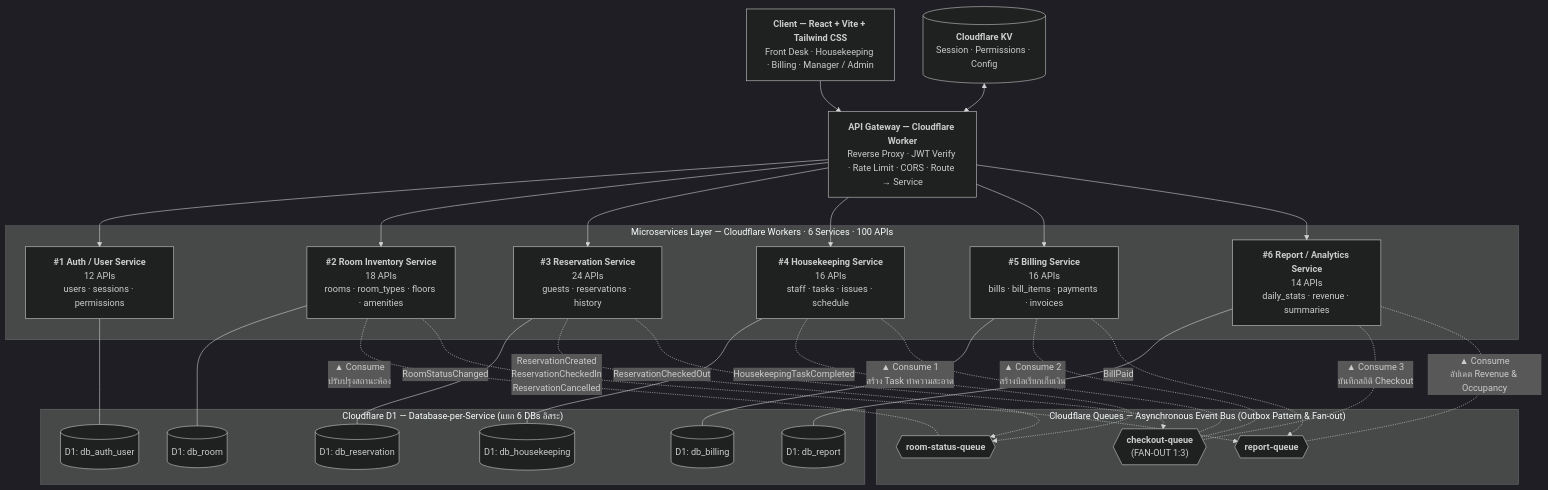
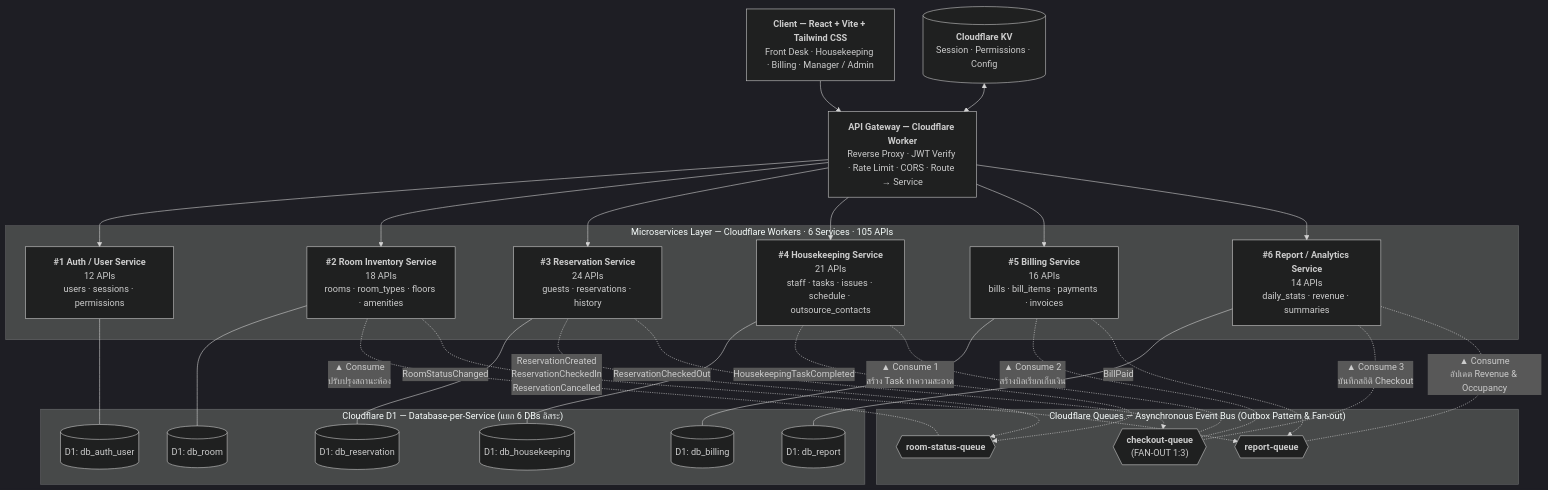
The third of 15 diagrams in README.md (csi204/keystay), drawn with Mermaid (dark theme) before and after one commit. The commit also changed other lines of this file and 12 other files, not shown here.

Commit message:
docs(housekeeping): relocate outsource_contacts schema to db_housekeeping and align 105 APIs spec

````diff
--- a/README.md
+++ b/README.md
@@ -578,59 +608,59 @@
 ```mermaid
 flowchart TB
     CLIENT["<b>Client — React + Vite + Tailwind CSS</b><br/>Front Desk · Housekeeping · Billing · Manager / Admin"]
     KV[("<b>Cloudflare KV</b><br/>Session · Permissions · Config")]
     GW["<b>API Gateway — Cloudflare Worker</b><br/>Reverse Proxy · JWT Verify · Rate Limit · CORS · Route → Service"]
 
-    subgraph SERVICES["Microservices Layer — Cloudflare Workers · 6 Services · 100 APIs"]
+    subgraph SERVICES["Microservices Layer — Cloudflare Workers · 6 Services · 105 APIs"]
         AUTH["<b>#1 Auth / User Service</b><br/>12 APIs<br/>users · sessions · permissions"]
         ROOM["<b>#2 Room Inventory Service</b><br/>18 APIs<br/>rooms · room_types · floors · amenities"]
         RES["<b>#3 Reservation Service</b><br/>24 APIs<br/>guests · reservations · history"]
-        HK["<b>#4 Housekeeping Service</b><br/>16 APIs<br/>staff · tasks · issues · schedule"]
+        HK["<b>#4 Housekeeping Service</b><br/>21 APIs<br/>staff · tasks · issues · schedule · outsource_contacts"]
         BILL["<b>#5 Billing Service</b><br/>16 APIs<br/>bills · bill_items · payments · invoices"]
         RPT["<b>#6 Report / Analytics Service</b><br/>14 APIs<br/>daily_stats · revenue · summaries"]
     end
 
     subgraph DATABASES["Cloudflare D1 — Database-per-Service (แยก 6 DBs อิสระ)"]
         DB1[("D1: db_auth_user")]
         DB2[("D1: db_room")]
         DB3[("D1: db_reservation")]
         DB4[("D1: db_housekeeping")]
         DB5[("D1: db_billing")]
         DB6[("D1: db_report")]
     end
 
     subgraph BUS["Cloudflare Queues — Asynchronous Event Bus (Outbox Pattern & Fan-out)"]
         Q1{{"<b>room-status-queue</b>"}}
         Q2{{"<b>checkout-queue</b><br/>(FAN-OUT 1:3)"}}
         Q3{{"<b>report-queue</b>"}}
     end
 
     CLIENT --> GW
     KV <--> GW
     GW --> AUTH
     GW --> ROOM
     GW --> RES
     GW --> HK
     GW --> BILL
     GW --> RPT
 
     AUTH --- DB1
     ROOM --- DB2
     RES --- DB3
     HK --- DB4
     BILL --- DB5
     RPT --- DB6
 
     RES -. "ReservationCreated<br/>ReservationCheckedIn<br/>ReservationCancelled" .-> Q1
     HK -. "HousekeepingTaskCompleted" .-> Q1
     ROOM -.-|"▲ Consume<br/>ปรับปรุงสถานะห้อง"| Q1
 
     RES -. "ReservationCheckedOut" .-> Q2
     HK -.-|"▲ Consume 1<br/>สร้าง Task ทำความสะอาด"| Q2
     BILL -.-|"▲ Consume 2<br/>สร้างบิลเรียกเก็บเงิน"| Q2
     RPT -.-|"▲ Consume 3<br/>บันทึกสถิติ Checkout"| Q2
 
     BILL -. "BillPaid" .-> Q3
     ROOM -. "RoomStatusChanged" .-> Q3
     RPT -.-|"▲ Consume<br/>อัปเดต Revenue & Occupancy"| Q3
 ```
````
